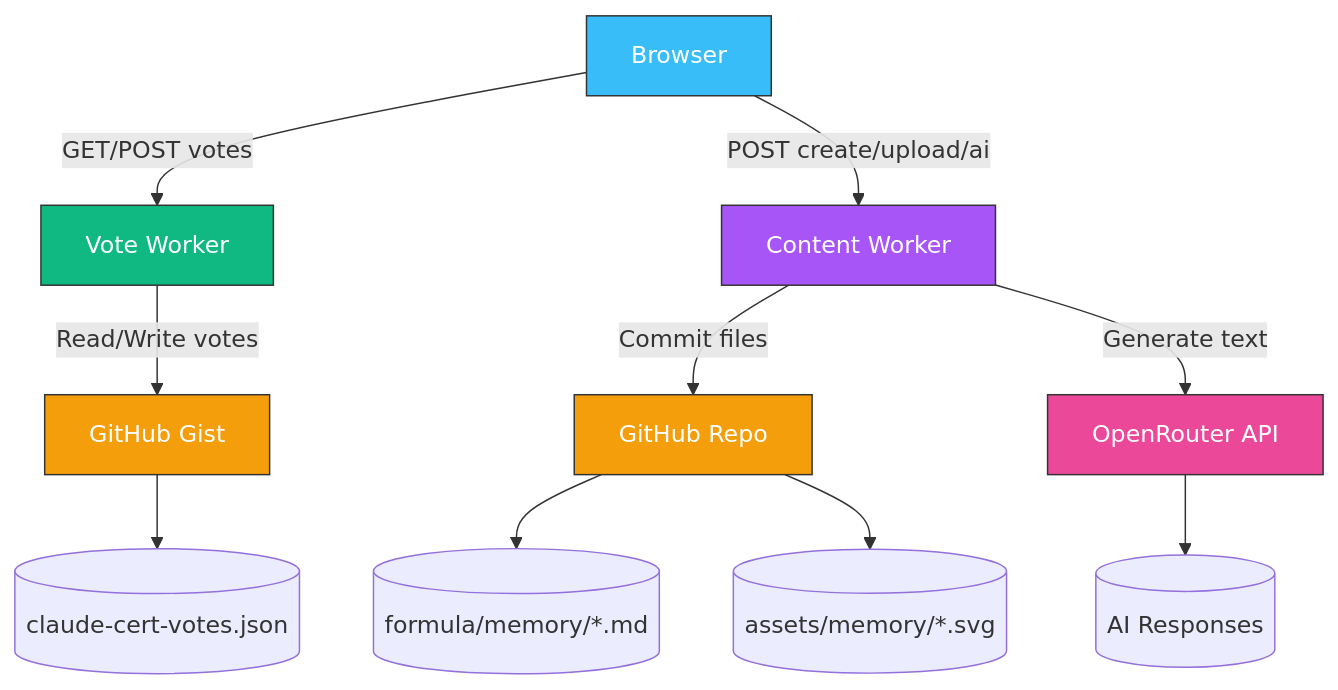
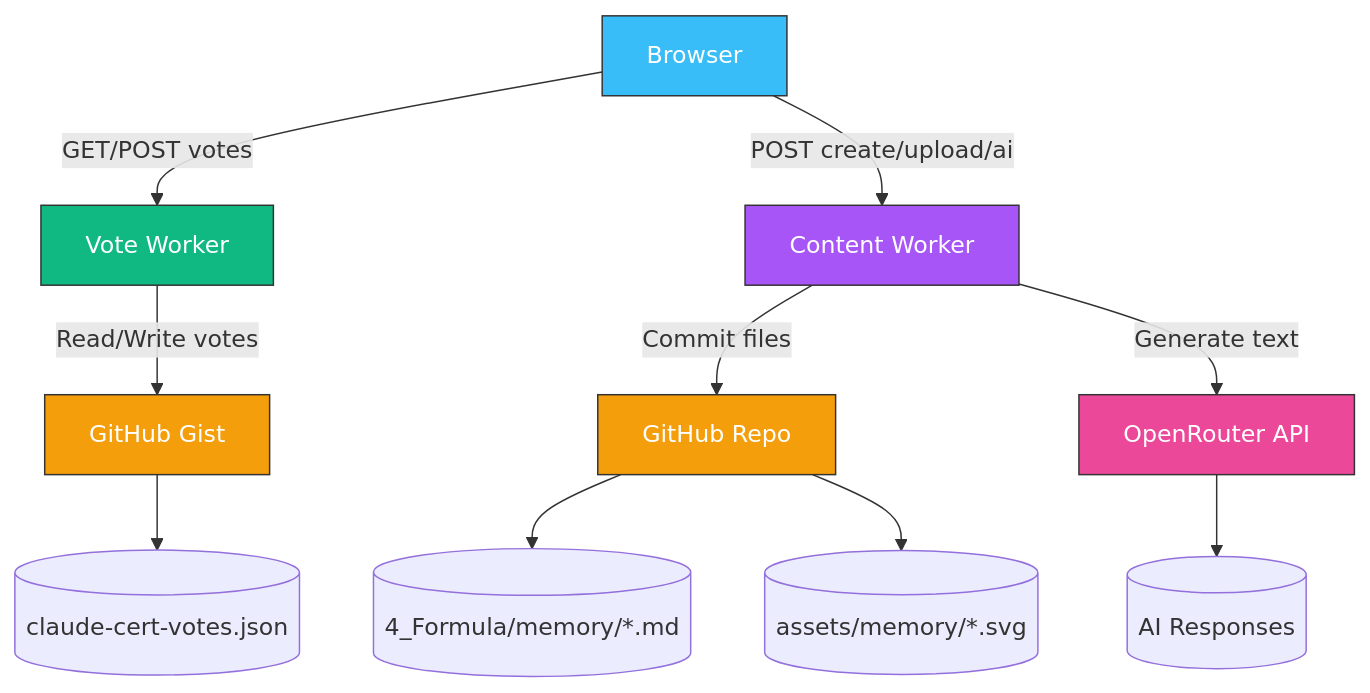
The diagram in 4_Formula/deploy/cloudflare-worker.md (rifaterdemsahin/claude_certification_exam), drawn with Mermaid before and after one commit. The commit also changed 8 other files, not shown here.

````diff
--- a/4_Formula/deploy/cloudflare-worker.md
+++ b/4_Formula/deploy/cloudflare-worker.md
@@ -11,21 +11,21 @@
 ```mermaid
 flowchart TD
     A[Browser] -->|"GET/POST votes"| VW[Vote Worker]
     A -->|"POST create/upload/ai"| CW[Content Worker]
 
     VW -->|"Read/Write votes"| GIST[GitHub Gist]
     CW -->|"Commit files"| REPO[GitHub Repo]
     CW -->|"Generate text"| OR[OpenRouter API]
 
     GIST --> F[(claude-cert-votes.json)]
-    REPO --> G[(formula/memory/*.md)]
+    REPO --> G[(4_Formula/memory/*.md)]
     REPO --> H[(assets/memory/*.svg)]
     OR --> I[(AI Responses)]
 
     style A fill:#38bdf8,stroke:#333,color:#fff
     style VW fill:#10b981,stroke:#333,color:#fff
     style CW fill:#a855f7,stroke:#333,color:#fff
     style GIST fill:#f59e0b,stroke:#333,color:#fff
     style REPO fill:#f59e0b,stroke:#333,color:#fff
     style OR fill:#ec4899,stroke:#333,color:#fff
 ```
````
